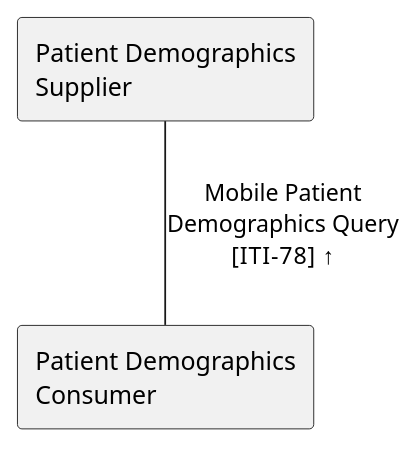
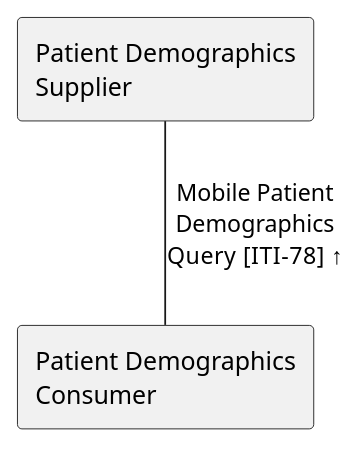
One commit to IHE/ITI.PDQm changed the diagram in input/images-source/PDQm-Actor-Diagram.plantuml. Above: the diagram before and after it, drawn with PlantUML. The commit also changed 2 other files, not shown here.

Commit message:
plantuml tweaks

```diff
--- a/input/images-source/PDQm-Actor-Diagram.plantuml
+++ b/input/images-source/PDQm-Actor-Diagram.plantuml
@@ -1,5 +1,5 @@
 @startuml
 agent "Patient Demographics\nConsumer" as Client
 agent "Patient Demographics\nSupplier" as Server
-Server -- Client  : "Mobile Patient\nDemographics Query\n[ITI-78] ↑" 
+Server -- Client  : "Mobile Patient\nDemographics\nQuery [ITI-78] ↑" 
 @enduml
```
